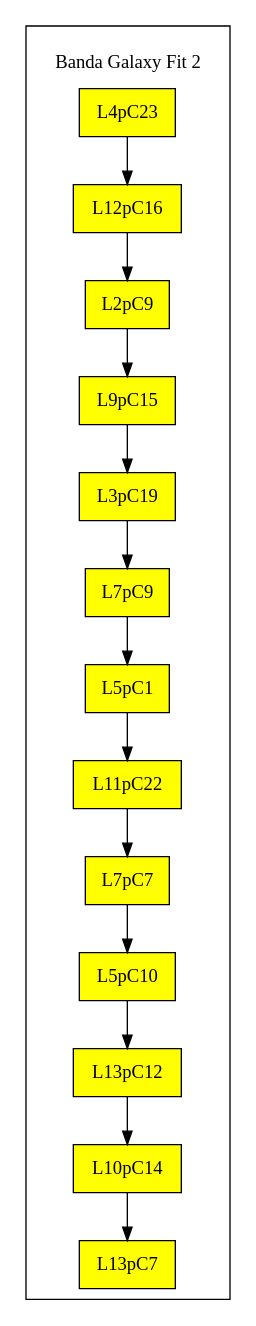
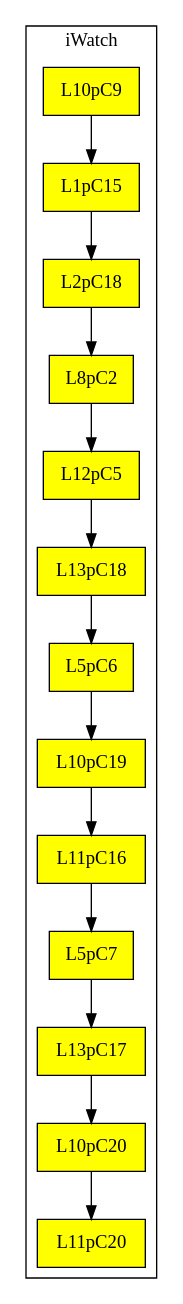
The diagram in graphviz.dot (OrmandyRony/IPC2_Proyecto2_201807328), drawn with Graphviz before and after one commit. The commit also changed 10 other files, not shown here.

```diff
--- a/graphviz.dot
+++ b/graphviz.dot
@@ -1,38 +1,35 @@
-
-    digraph L{
+digraph L{
     node[shape = box fillcolor = "yellow" style = filled]
     
 
     subgraph cluster_p{
-        label = "
-Banda Galaxy Fit 2
-"
+        label = "iWatch"
         
         /*Aqui creamos las cabeceras de las filas */
-        Columna1[label = "L4pC23", group = 2, fillcolor = yellow];
-Columna2[label = "L12pC16", group = 3, fillcolor = yellow];
-Columna3[label = "L2pC9", group = 4, fillcolor = yellow];
-Columna4[label = "L9pC15", group = 5, fillcolor = yellow];
-Columna5[label = "L3pC19", group = 6, fillcolor = yellow];
-Columna6[label = "L7pC9", group = 7, fillcolor = yellow];
-Columna7[label = "L5pC1", group = 8, fillcolor = yellow];
-Columna8[label = "L11pC22", group = 9, fillcolor = yellow];
-Columna9[label = "L7pC7", group = 10, fillcolor = yellow];
-Columna10[label = "L5pC10", group = 11, fillcolor = yellow];
-Columna11[label = "L13pC12", group = 12, fillcolor = yellow];
-Columna12[label = "L10pC14", group = 13, fillcolor = yellow];
-Columna13[label = "L13pC7", group = 14, fillcolor = yellow];
+        Columna1[label = "L10pC9", group = 2, fillcolor = yellow];
+Columna2[label = "L1pC15", group = 3, fillcolor = yellow];
+Columna3[label = "L2pC18", group = 4, fillcolor = yellow];
+Columna4[label = "L8pC2", group = 5, fillcolor = yellow];
+Columna5[label = "L12pC5", group = 6, fillcolor = yellow];
+Columna6[label = "L13pC18", group = 7, fillcolor = yellow];
+Columna7[label = "L5pC6", group = 8, fillcolor = yellow];
+Columna8[label = "L10pC19", group = 9, fillcolor = yellow];
+Columna9[label = "L11pC16", group = 10, fillcolor = yellow];
+Columna10[label = "L5pC7", group = 11, fillcolor = yellow];
+Columna11[label = "L13pC17", group = 12, fillcolor = yellow];
+Columna12[label = "L10pC20", group = 13, fillcolor = yellow];
+Columna13[label = "L11pC20", group = 14, fillcolor = yellow];
 Columna1->Columna2;
 Columna2->Columna3;
 Columna3->Columna4;
 Columna4->Columna5;
 Columna5->Columna6;
 Columna6->Columna7;
 Columna7->Columna8;
 Columna8->Columna9;
 Columna9->Columna10;
 Columna10->Columna11;
 Columna11->Columna12;
 Columna12->Columna13;
 }
     }
```
